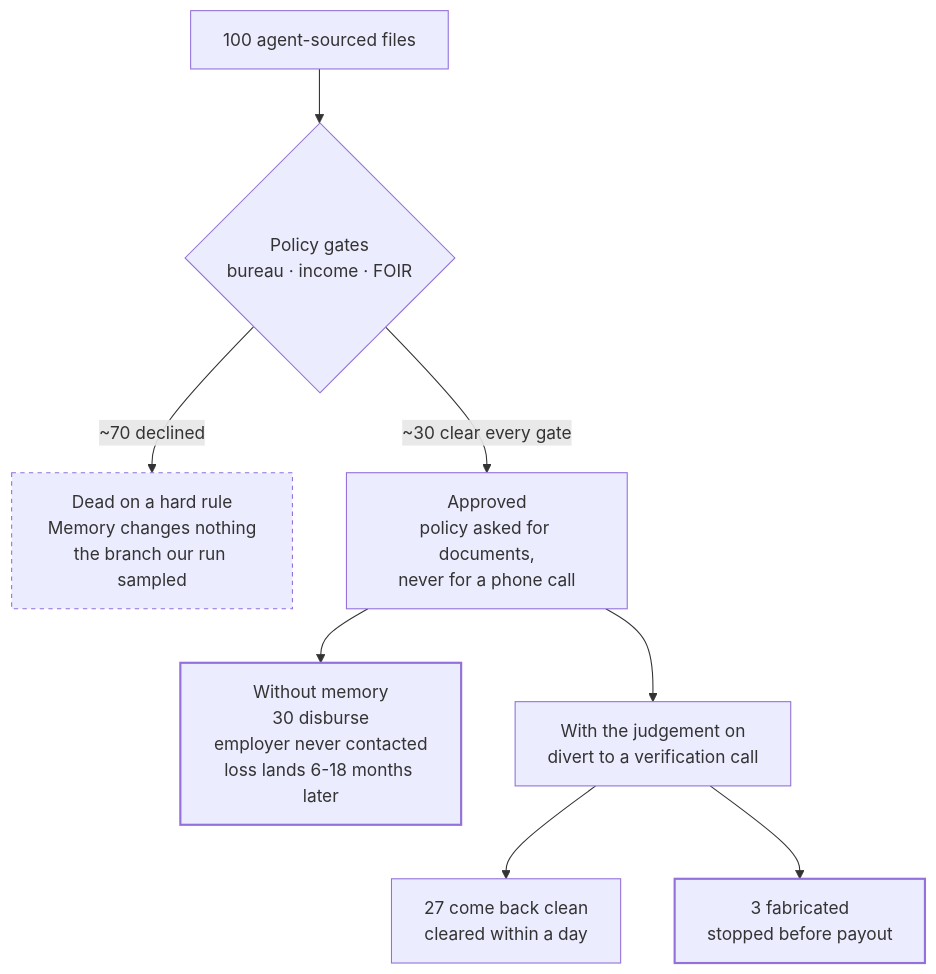
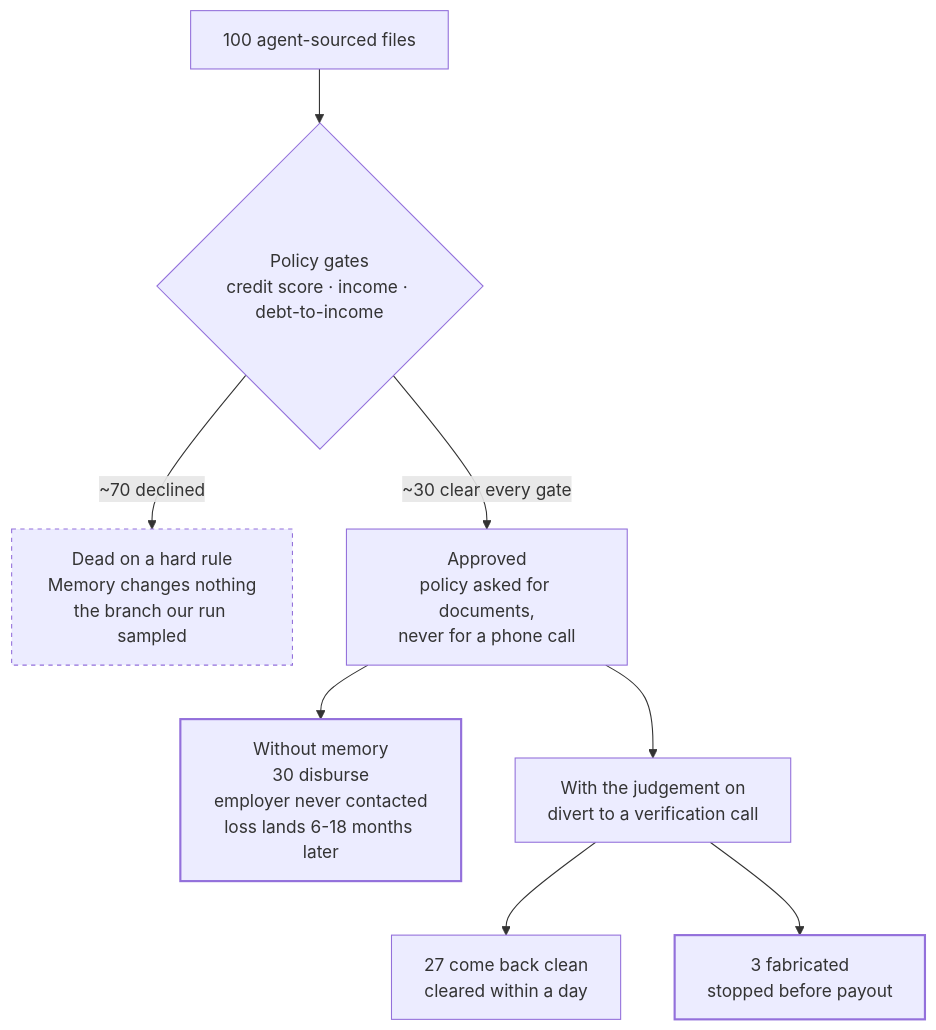
The diagram in wiki/The-experiment.md (Trustedwear-Tech/citra-decision-system), drawn with Mermaid before and after one commit. The commit also changed other lines of this file and 3 other files, not shown here.

````diff
--- a/wiki/The-experiment.md
+++ b/wiki/The-experiment.md
@@ -63,13 +63,13 @@
 ```mermaid
 flowchart TD
-    A["100 agent-sourced files"] --> B{"Policy gates<br/>bureau · income · FOIR"}
+    A["100 agent-sourced files"] --> B{"Policy gates<br/>credit score · income · debt-to-income"}
     B -->|"~70 declined"| C["Dead on a hard rule<br/>Memory changes nothing<br/>the branch our run sampled"]
     B -->|"~30 clear every gate"| D["Approved<br/>policy asked for documents,<br/>never for a phone call"]
     D --> E["Without memory<br/>30 disburse<br/>employer never contacted<br/>loss lands 6-18 months later"]
     D --> F["With the judgement on<br/>divert to a verification call"]
     F --> G["27 come back clean<br/>cleared within a day"]
     F --> H["3 fabricated<br/>stopped before payout"]
     style C stroke-dasharray: 4 4
     style E stroke-width:2px
     style H stroke-width:2px
 ```
````
